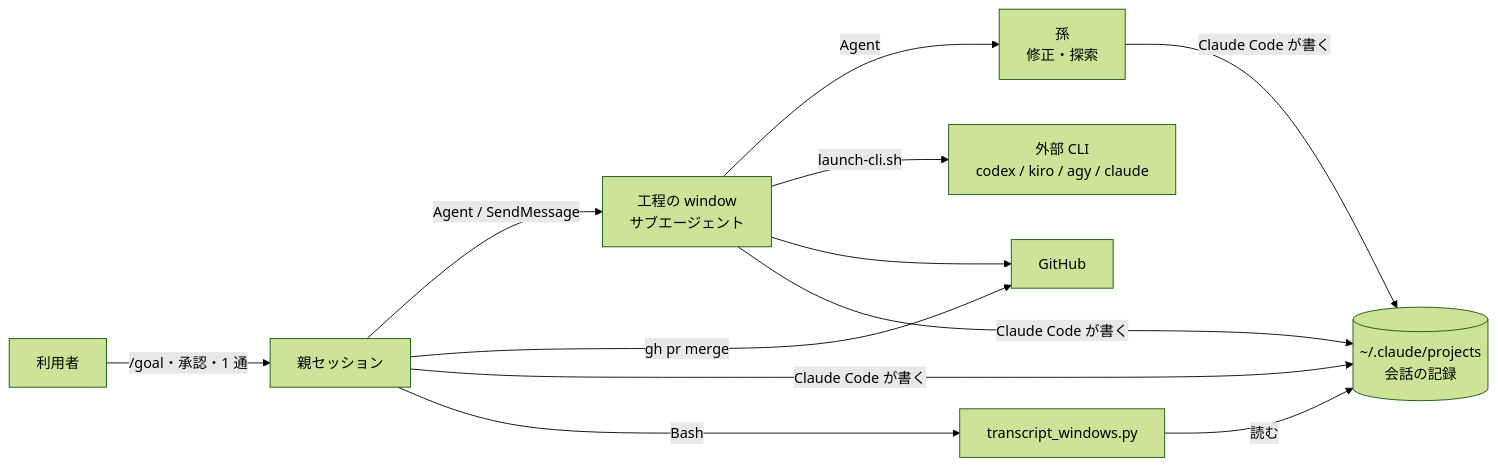
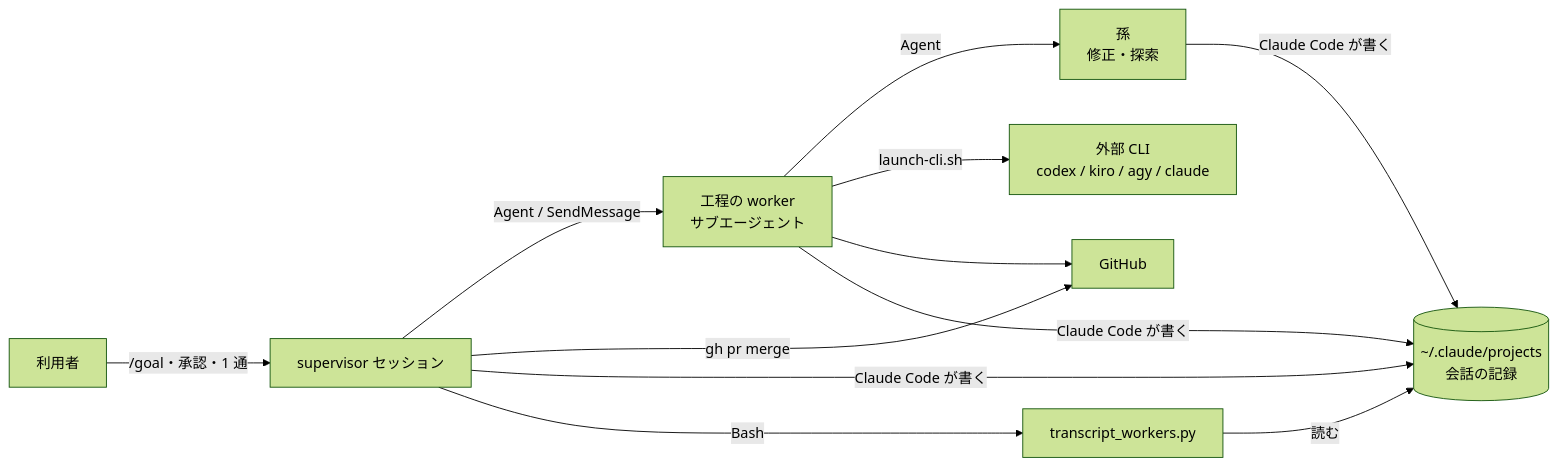
The third of 6 diagrams in issues/issue-550-657-design.md (devbasex/ai-plugins), drawn with Mermaid (forest theme) before and after one commit. The commit also changed other lines of this file and 2 other files, not shown here.

First line of the commit message:
Docs: 用語を supervisor / worker / context window にする（#550 #657）

````diff
--- a/issues/issue-550-657-design.md
+++ b/issues/issue-550-657-design.md
@@ -229,12 +245,12 @@
 ```mermaid
 graph LR
-    H[利用者] -->|/goal・承認・1 通| P[親セッション]
-    P -->|Agent / SendMessage| W[工程の window<br/>サブエージェント]
+    H[利用者] -->|/goal・承認・1 通| P[supervisor セッション]
+    P -->|Agent / SendMessage| W[工程の worker<br/>サブエージェント]
     W -->|Agent| G[孫<br/>修正・探索]
     W -->|launch-cli.sh| X[外部 CLI<br/>codex / kiro / agy / claude]
     W --> GH[GitHub]
     P -->|gh pr merge| GH
     P & W & G -->|Claude Code が書く| T[(~/.claude/projects<br/>会話の記録)]
-    TW[transcript_windows.py] -->|読む| T
+    TW[transcript_workers.py] -->|読む| T
     P -->|Bash| TW
 ```
````
